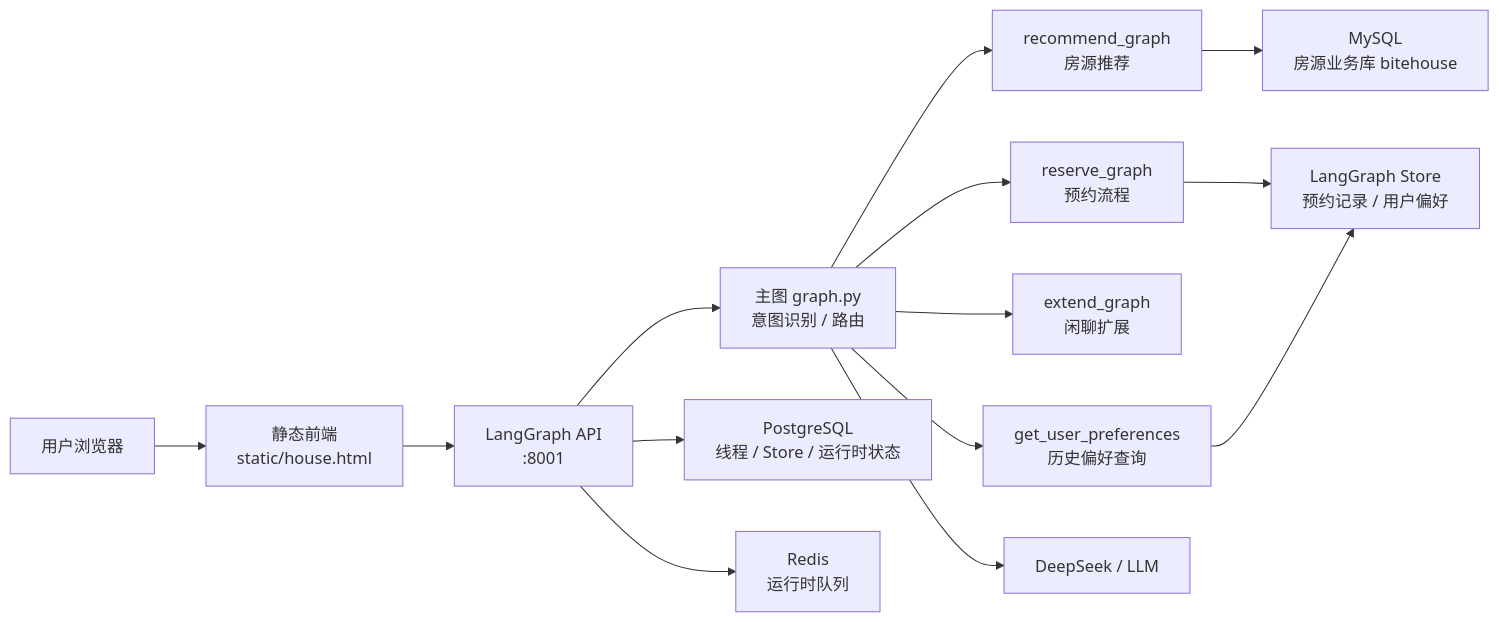
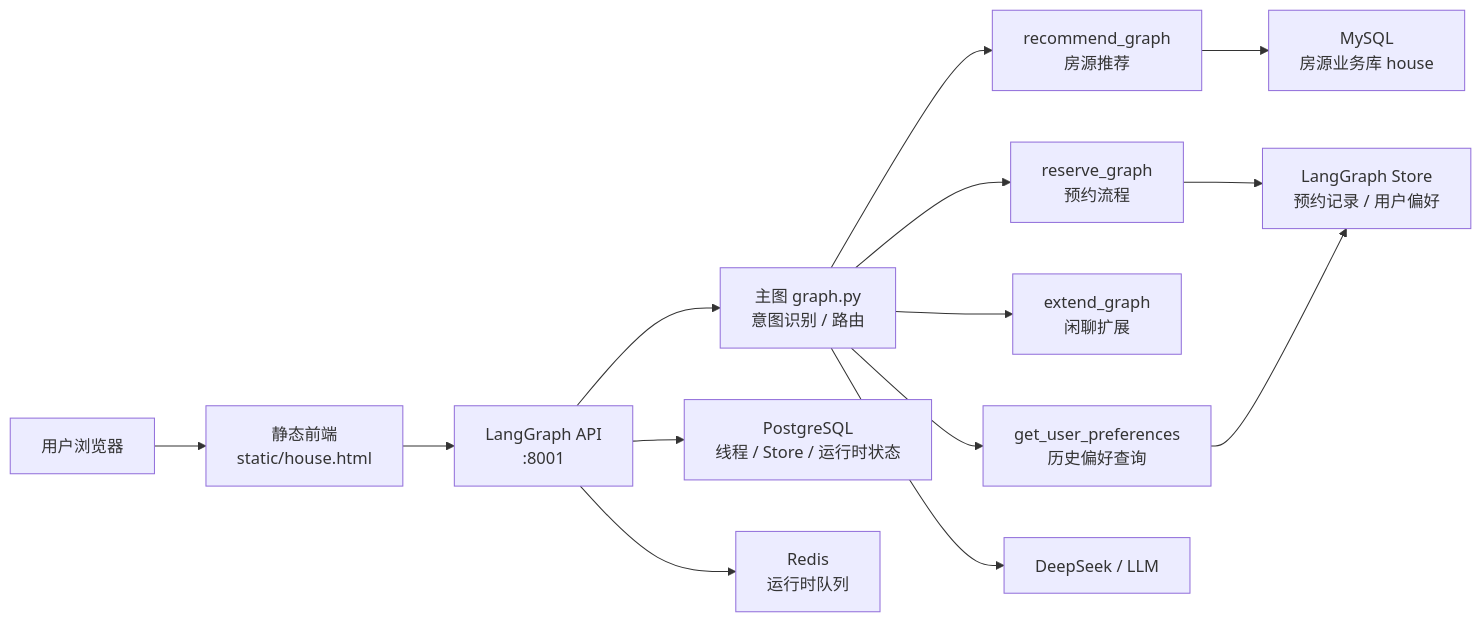
One commit to saojesus733-gif/house-agent changed the diagram in README.md. Above: the diagram before and after it, drawn with Mermaid.

````diff
--- a/README.md
+++ b/README.md
@@ -32,19 +32,19 @@
 ```mermaid
 flowchart LR
     U["用户浏览器"] --> FE["静态前端<br/>static/house.html"]
     FE --> API["LangGraph API<br/>:8001"]
 
     API --> G["主图 graph.py<br/>意图识别 / 路由"]
     G --> R["recommend_graph<br/>房源推荐"]
     G --> O["reserve_graph<br/>预约流程"]
     G --> E["extend_graph<br/>闲聊扩展"]
     G --> P["get_user_preferences<br/>历史偏好查询"]
 
-    R --> MYSQL["MySQL<br/>房源业务库 bitehouse"]
+    R --> MYSQL["MySQL<br/>房源业务库 house"]
     O --> STORE["LangGraph Store<br/>预约记录 / 用户偏好"]
     P --> STORE
 
     API --> PG["PostgreSQL<br/>线程 / Store / 运行时状态"]
     API --> REDIS["Redis<br/>运行时队列"]
     G --> LLM["DeepSeek / LLM"]
 ```
````
